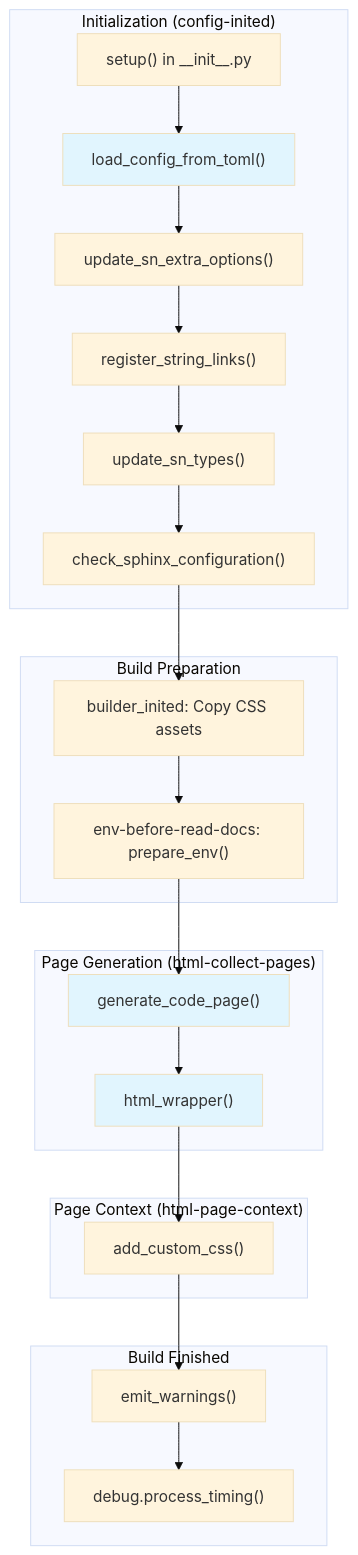
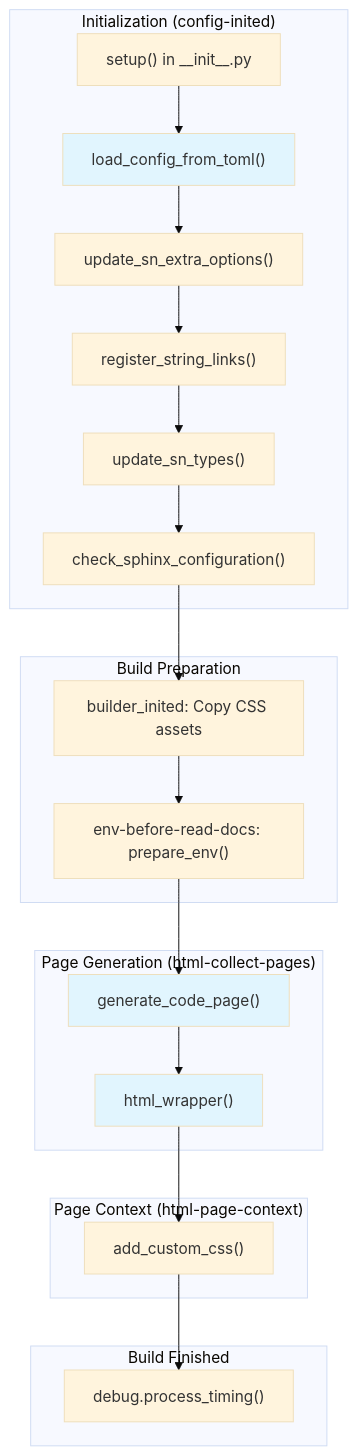
Before and after one commit to useblocks/sphinx-needs: the diagram in packages/sphinx-codelinks/AGENTS.md, drawn with Mermaid (base theme). The commit also changed other lines of this file and 17 other files, not shown here.

````diff
--- a/packages/sphinx-codelinks/AGENTS.md
+++ b/packages/sphinx-codelinks/AGENTS.md
@@ -272,39 +272,38 @@
 ```mermaid
 flowchart TB
     subgraph init["Initialization (config-inited)"]
         setup["setup() in __init__.py"]
         load_toml["load_config_from_toml()"]
         sn_options["update_sn_extra_options()"]
         str_links["register_string_links()"]
         sn_types["update_sn_types()"]
         check_config["check_sphinx_configuration()"]
     end
 
     subgraph prepare["Build Preparation"]
         builder_init["builder_inited: Copy CSS assets"]
         env_prepare["env-before-read-docs: prepare_env()"]
     end
 
     subgraph generate["Page Generation (html-collect-pages)"]
         gen_pages["generate_code_page()"]
         html_wrap["html_wrapper()"]
     end
 
     subgraph context["Page Context (html-page-context)"]
         add_css["add_custom_css()"]
     end
 
     subgraph finish["Build Finished"]
-        warnings["emit_warnings()"]
         timing["debug.process_timing()"]
     end
 
     setup --> load_toml --> sn_options --> str_links --> sn_types --> check_config
     check_config --> builder_init --> env_prepare
     env_prepare --> gen_pages --> html_wrap
-    html_wrap --> add_css --> warnings --> timing
+    html_wrap --> add_css --> timing
 
     style load_toml fill:#e1f5fe
     style gen_pages fill:#e1f5fe
     style html_wrap fill:#e1f5fe
 ```
````
